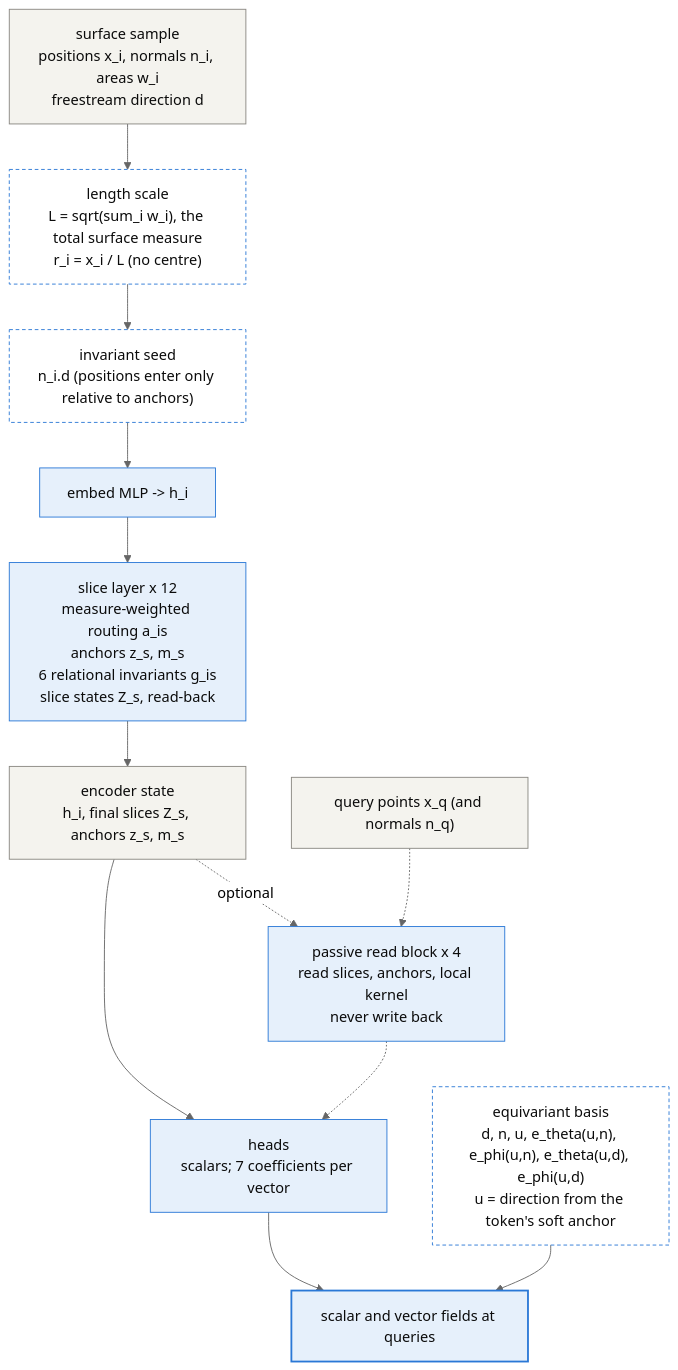
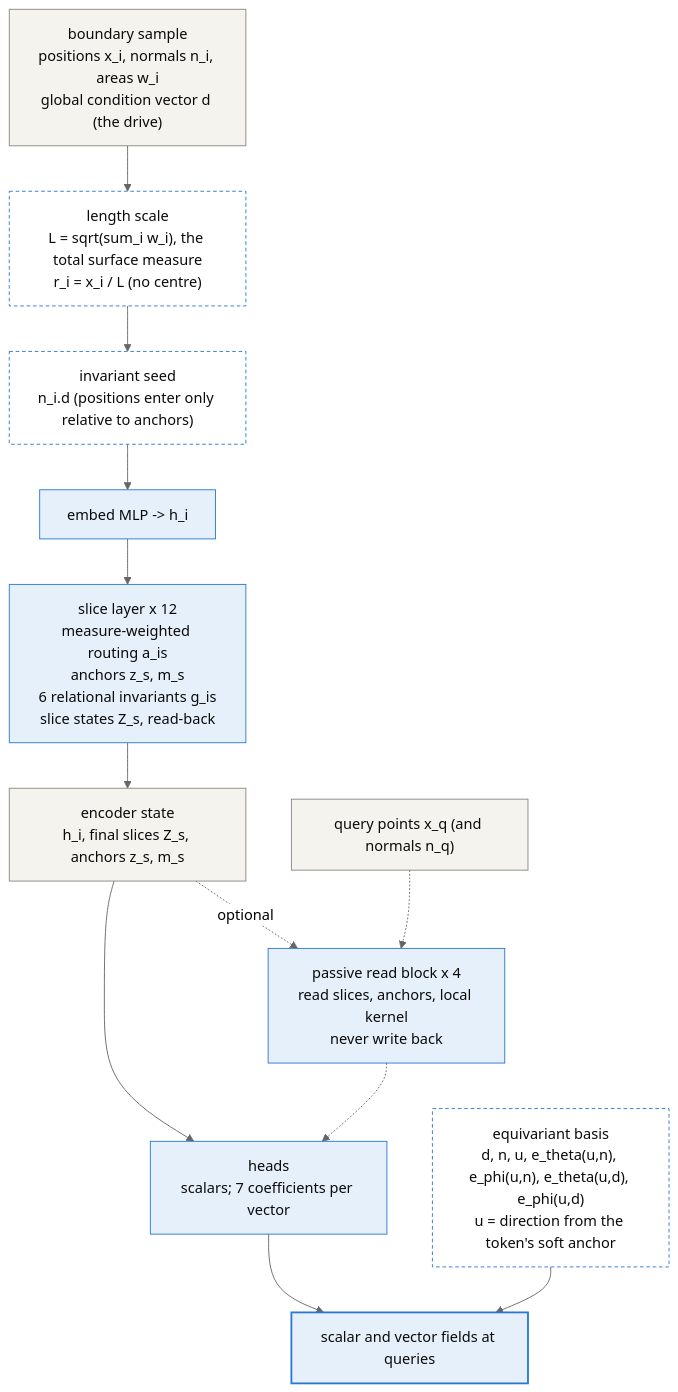
The diagram in examples/cfd/mesh_transformer/book/02-meshtransformer2.qmd (peterdsharpe/physicsnemo), drawn with Mermaid (neutral theme) before and after one commit. The commit also changed other lines of this file and 6 other files, not shown here.

````diff
--- a/examples/cfd/mesh_transformer/book/02-meshtransformer2.qmd
+++ b/examples/cfd/mesh_transformer/book/02-meshtransformer2.qmd
@@ -71,36 +87,36 @@
 ```{mermaid}
 %%| fig-cap: >
 %%|   The ISLA forward pass. Blue stages are learned; grey boxes
 %%|   are data. The backbone (length scale through the last slice layer)
 %%|   consumes only invariant scalars; the only place a vector is
 %%|   reconstructed is the output basis. The passive decoder on the right is
 %%|   optional: in the reference configuration the surface tokens themselves
 %%|   are the queries and the heads read the encoder state directly. Not
 %%|   shown: the per-layer residual MLPs and layer norms, the gauge variants
 %%|   of @sec-mt2-variants and the optional flags of @sec-mt2-design.
 flowchart TB
     classDef data fill:#f4f3ee,stroke:#898781,color:#0b0b0b
     classDef learned fill:#e6f0fb,stroke:#2a78d6,color:#0b0b0b
     classDef fixed fill:#ffffff,stroke:#2a78d6,stroke-dasharray:4 3,color:#0b0b0b
     classDef out fill:#e6f0fb,stroke:#2a78d6,stroke-width:2px,color:#0b0b0b
 
-    A["surface sample<br/>positions x_i, normals n_i, areas w_i<br/>freestream direction d"]:::data
+    A["boundary sample<br/>positions x_i, normals n_i, areas w_i<br/>global condition vector d (the drive)"]:::data
     B["length scale<br/>L = sqrt(sum_i w_i), the total surface measure<br/>r_i = x_i / L (no centre)"]:::fixed
     C["invariant seed<br/>n_i.d (positions enter only relative to anchors)"]:::fixed
     D["embed MLP -> h_i"]:::learned
     E["slice layer x 12<br/>measure-weighted routing a_is<br/>anchors z_s, m_s<br/>6 relational invariants g_is<br/>slice states Z_s, read-back"]:::learned
     F["encoder state<br/>h_i, final slices Z_s, anchors z_s, m_s"]:::data
     Q["query points x_q (and normals n_q)"]:::data
     R["passive read block x 4<br/>read slices, anchors, local kernel<br/>never write back"]:::learned
     H["heads<br/>scalars; 7 coefficients per vector"]:::learned
     V["equivariant basis<br/>d, n, u, e_theta(u,n), e_phi(u,n), e_theta(u,d), e_phi(u,d)<br/>u = direction from the token's soft anchor"]:::fixed
     O["scalar and vector fields at queries"]:::out
 
     A --> B --> C --> D --> E --> F
     F --> H
     F -. optional .-> R
     Q -.-> R
     R -.-> H
     H --> O
     V --> O
 ```
````
